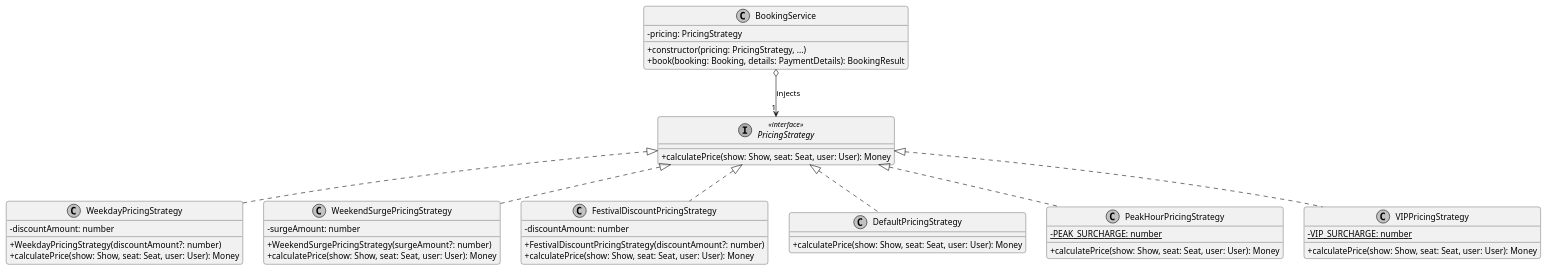
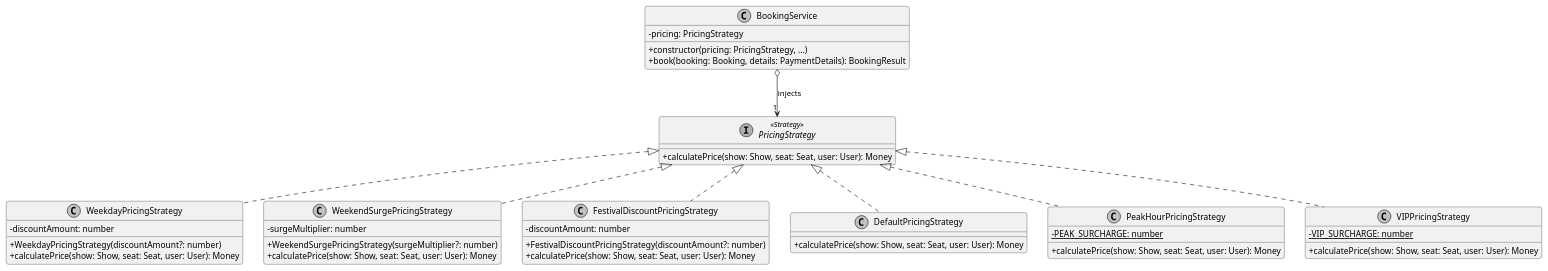
The sixth of 11 diagrams in README.md (gurjung/movie-booking-system-lld), drawn with PlantUML before and after one commit. The commit also changed other lines of this file, not shown here.

````diff
--- a/README.md
+++ b/README.md
@@ -810,59 +689,59 @@
 ```plantuml
 @startuml
 skinparam classAttributeIconSize 0
 skinparam roundcorner 8
 skinparam shadowing false
 skinparam monochrome true
 
-interface PricingStrategy <<interface>> {
+interface PricingStrategy <<Strategy>> {
     +calculatePrice(show: Show, seat: Seat, user: User): Money
 }
 
 class WeekdayPricingStrategy {
     -discountAmount: number
     +WeekdayPricingStrategy(discountAmount?: number)
     +calculatePrice(show: Show, seat: Seat, user: User): Money
 }
 
 class WeekendSurgePricingStrategy {
-    -surgeAmount: number
-    +WeekendSurgePricingStrategy(surgeAmount?: number)
+    -surgeMultiplier: number
+    +WeekendSurgePricingStrategy(surgeMultiplier?: number)
     +calculatePrice(show: Show, seat: Seat, user: User): Money
 }
 
 class FestivalDiscountPricingStrategy {
     -discountAmount: number
     +FestivalDiscountPricingStrategy(discountAmount?: number)
     +calculatePrice(show: Show, seat: Seat, user: User): Money
 }
 
 class DefaultPricingStrategy {
     +calculatePrice(show: Show, seat: Seat, user: User): Money
 }
 
 class PeakHourPricingStrategy {
     -{static} PEAK_SURCHARGE: number
     +calculatePrice(show: Show, seat: Seat, user: User): Money
 }
 
 class VIPPricingStrategy {
     -{static} VIP_SURCHARGE: number
     +calculatePrice(show: Show, seat: Seat, user: User): Money
 }
 
 class BookingService {
     -pricing: PricingStrategy
     +constructor(pricing: PricingStrategy, ...)
     +book(booking: Booking, details: PaymentDetails): BookingResult
 }
 
 PricingStrategy <|.. WeekdayPricingStrategy
 PricingStrategy <|.. WeekendSurgePricingStrategy
 PricingStrategy <|.. FestivalDiscountPricingStrategy
 PricingStrategy <|.. DefaultPricingStrategy
 PricingStrategy <|.. PeakHourPricingStrategy
 PricingStrategy <|.. VIPPricingStrategy
 
 BookingService o--> "1" PricingStrategy : injects
 @enduml
 ```
````
